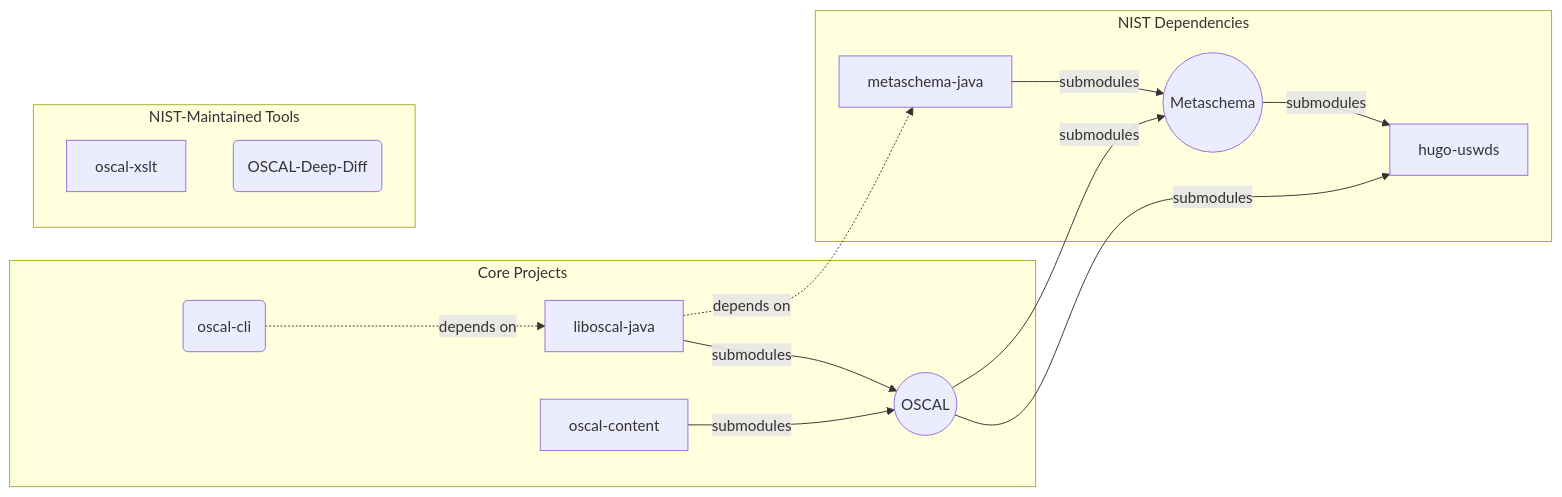
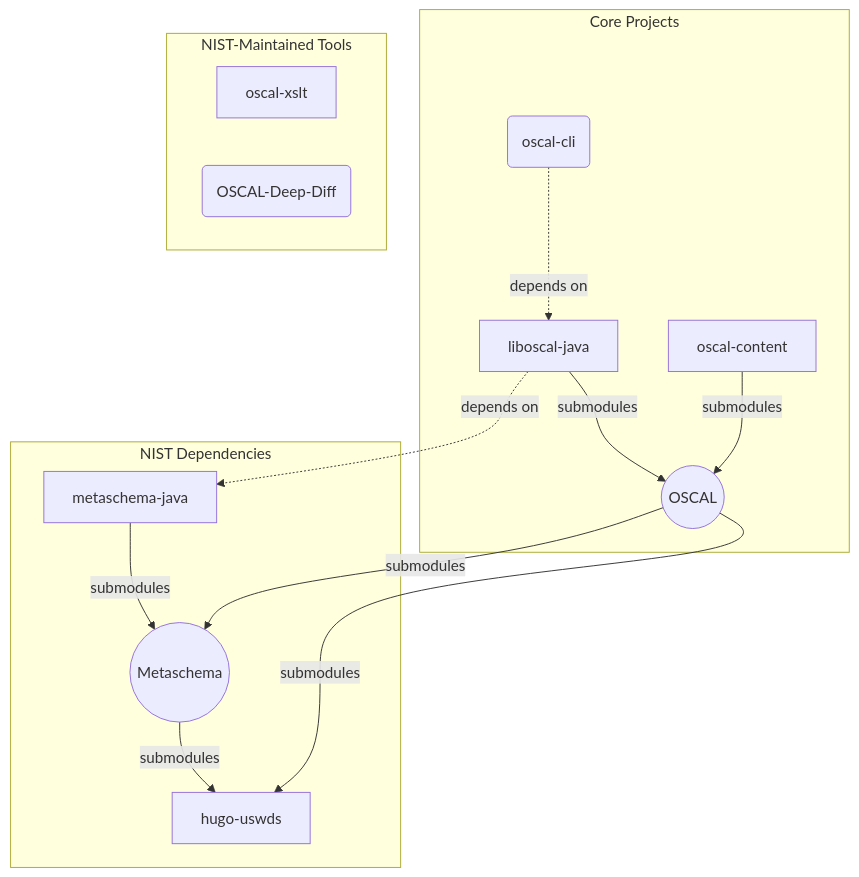
The diagram in docs/content/about/projects/_index.md (usnistgov/OSCAL), drawn with Mermaid before and after one commit. The commit also changed other lines of this file, not shown here.

```diff
--- a/docs/content/about/projects/_index.md
+++ b/docs/content/about/projects/_index.md
@@ -13,32 +13,30 @@
 {{<mermaid>}}
-graph LR
+graph TD
     subgraph "NIST Dependencies"
         metaschema((Metaschema))
         metaschema-java
         hugo-uswds
         
         metaschema-java-->|submodules|metaschema
         metaschema-->|submodules|hugo-uswds
     end
-    
+
     subgraph "Core Projects"
         oscal((OSCAL));
         liboscal-java
         oscal-cli(oscal-cli)
         oscal-content
 
         oscal-cli-.->|depends on|liboscal-java-->|submodules|oscal
         oscal-content-->|submodules|oscal
-        
-        click oscal #OSCAL
     end
     
     subgraph "NIST-Maintained Tools"
         oscal-xslt
         oscal-deep-diff(OSCAL-Deep-Diff)
     end
     
     oscal-->|submodules|metaschema
     oscal-->|submodules|hugo-uswds
     liboscal-java-.->|depends on|metaschema-java
 {{</mermaid>}}
```
